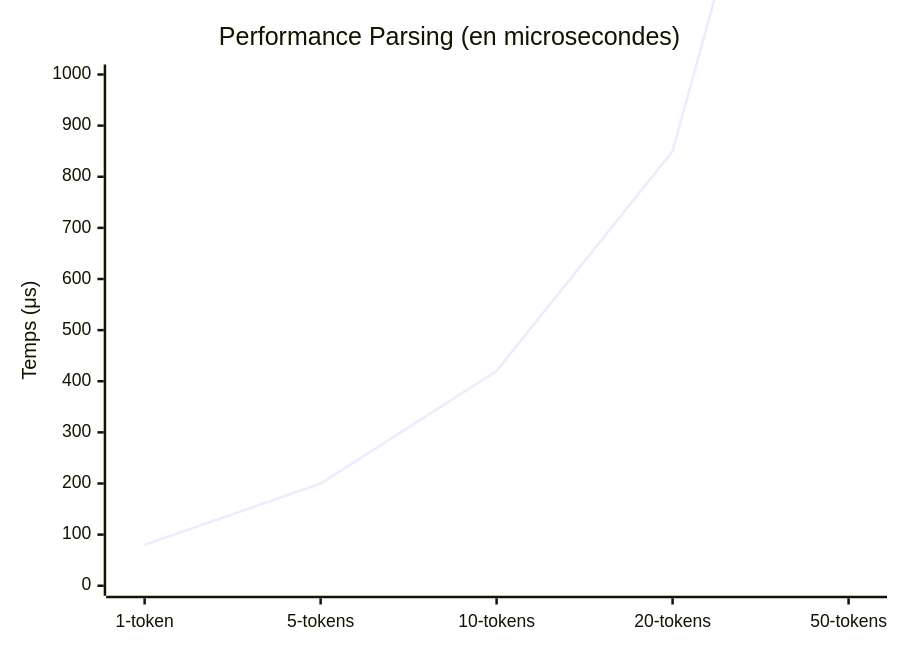
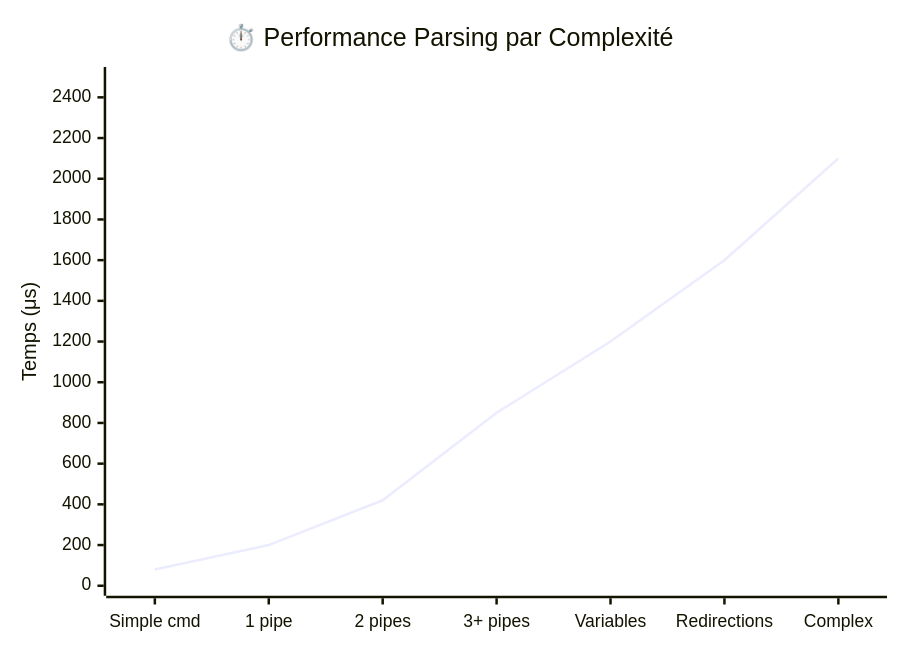
One commit to sedto/Minishell changed the tenth of 11 diagrams in documentation/DIAGRAMS.md. Above: the diagram before and after it, drawn with Mermaid. The commit also changed other lines of this file and 4 other files, not shown here.

Commit message:
Some Diagrams added need more to do

````diff
--- a/documentation/DIAGRAMS.md
+++ b/documentation/DIAGRAMS.md
@@ -424,7 +523,7 @@
 ```mermaid
 xychart-beta
-    title "Performance Parsing (en microsecondes)"
-    x-axis [1-token, 5-tokens, 10-tokens, 20-tokens, 50-tokens]
-    y-axis "Temps (μs)" 0 --> 1000
-    line [80, 200, 420, 850, 2100]
+    title "⏱️ Performance Parsing par Complexité"
+    x-axis ["Simple cmd", "1 pipe", "2 pipes", "3+ pipes", "Variables", "Redirections", "Complex"]
+    y-axis "Temps (μs)" 0 --> 2500
+    line [80, 200, 420, 850, 1200, 1600, 2100]
 ```
````
